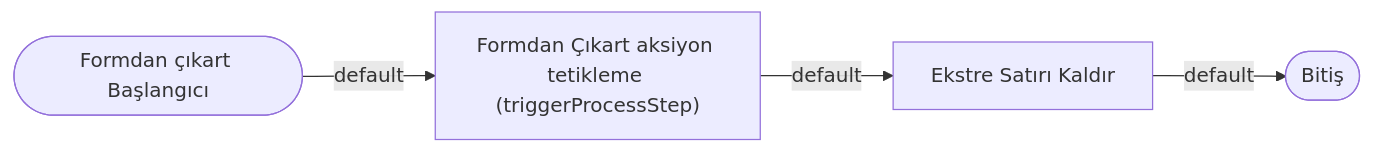
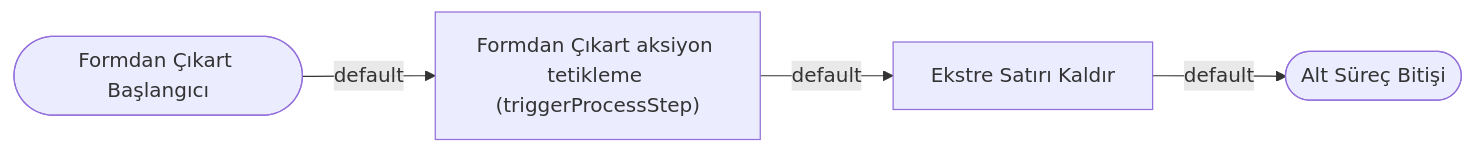
The third of 3 diagrams in bpmEngine/sampleProcess/expenseAndCreditCard/expense.md (hiveteamsai/flovo-bpm-doc), drawn with Mermaid before and after one commit. The commit also changed other lines of this file and 51 other files, not shown here.

````diff
--- a/bpmEngine/sampleProcess/expenseAndCreditCard/expense.md
+++ b/bpmEngine/sampleProcess/expenseAndCreditCard/expense.md
@@ -62,11 +62,11 @@
 ```mermaid
 flowchart LR
-  s2(["Formdan çıkart Başlangıcı"])
+  s2(["Formdan Çıkart Başlangıcı"])
   t2["Formdan Çıkart aksiyon tetikleme (triggerProcessStep)"]
   rm["Ekstre Satırı Kaldır"]
-  e2(["Bitiş"])
+  e2(["Alt Süreç Bitişi"])
 
   s2 -->|"default"| t2
   t2 -->|"default"| rm
   rm -->|"default"| e2
 ```
````
